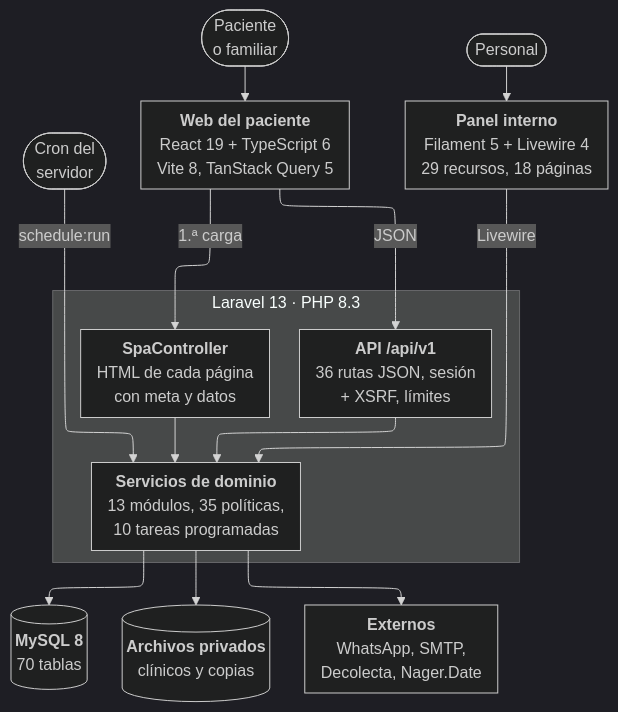
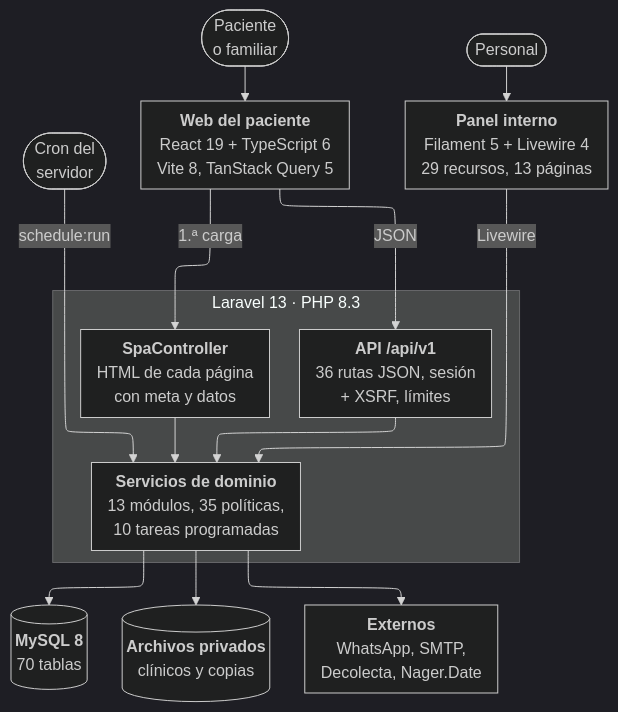
The diagram in docs/entregables/E1-requerimientos-y-diseno/diagramas/c2-contenedores.mmd (francalizaya266-sudo/venga-implantes), drawn with Mermaid (dark theme) before and after one commit. The commit also changed 8 other files, not shown here.

```diff
--- a/docs/entregables/E1-requerimientos-y-diseno/diagramas/c2-contenedores.mmd
+++ b/docs/entregables/E1-requerimientos-y-diseno/diagramas/c2-contenedores.mmd
@@ -1,26 +1,26 @@
 %%{init: {"layout": "elk", "flowchart": {"nodeSpacing": 22, "rankSpacing": 36, "padding": 8}}}%%
 flowchart TB
   pac(["Paciente<br/>o familiar"])
   per(["Personal"])
   cron(["Cron del<br/>servidor"])
   spa["<b>Web del paciente</b><br/>React 19 + TypeScript 6<br/>Vite 8, TanStack Query 5"]
-  pan["<b>Panel interno</b><br/>Filament 5 + Livewire 4<br/>29 recursos, 18 páginas"]
+  pan["<b>Panel interno</b><br/>Filament 5 + Livewire 4<br/>29 recursos, 13 páginas"]
   subgraph lar["Laravel 13 · PHP 8.3"]
     api["<b>API /api/v1</b><br/>36 rutas JSON, sesión<br/>+ XSRF, límites"]
     doc["<b>SpaController</b><br/>HTML de cada página<br/>con meta y datos"]
     srv["<b>Servicios de dominio</b><br/>13 módulos, 35 políticas,<br/>10 tareas programadas"]
   end
   db[("<b>MySQL 8</b><br/>70 tablas")]
   fs[("<b>Archivos privados</b><br/>clínicos y copias")]
   ext["<b>Externos</b><br/>WhatsApp, SMTP,<br/>Decolecta, Nager.Date"]
   pac --> spa
   per --> pan
   spa -- "JSON" --> api
   spa -- "1.ª carga" --> doc
   pan -- "Livewire" --> srv
   cron -- "schedule:run" --> srv
   api --> srv
   doc --> srv
   srv --> db
   srv --> fs
   srv --> ext
```
